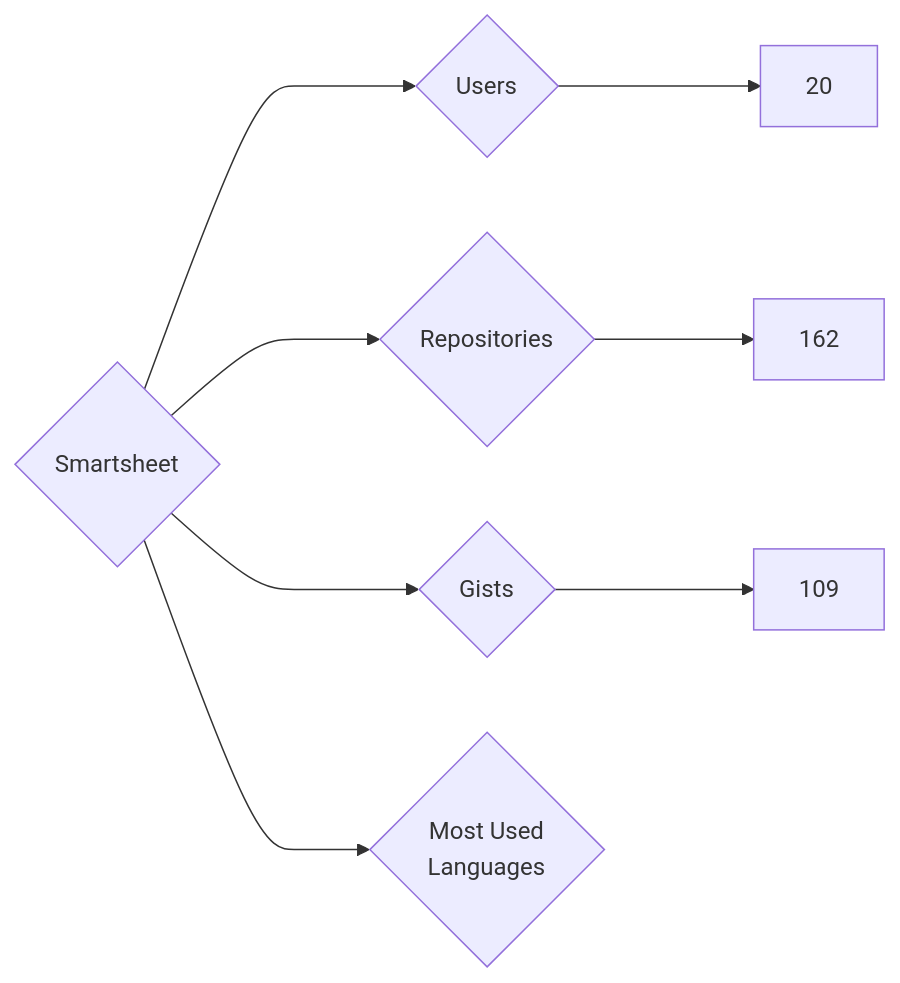
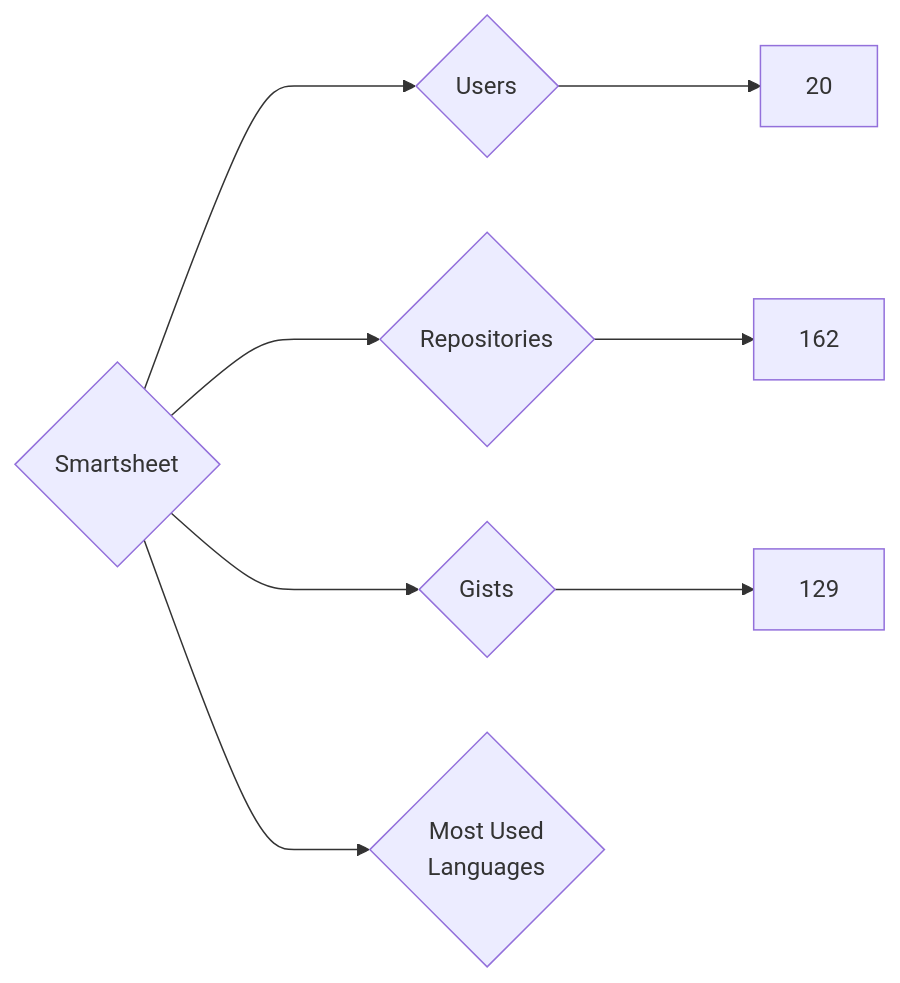
Before and after one commit to nenadzaric/insiders: the diagram in targets/Smartsheet/README.md, drawn with Mermaid. The commit also changed 1342 other files, not shown here.

````diff
--- a/targets/Smartsheet/README.md
+++ b/targets/Smartsheet/README.md
@@ -3,8 +3,8 @@
 ```mermaid
 graph LR
 COMPANY_NAME{Smartsheet}
 COMPANY_NAME ---> U{Users} ---> UN[20]
 COMPANY_NAME ---> R{Repositories} ---> RN[162]
-COMPANY_NAME ---> G{Gists} ---> GN[109]
+COMPANY_NAME ---> G{Gists} ---> GN[129]
 COMPANY_NAME ---> ML{Most Used<br>Languages}
 ```
````
